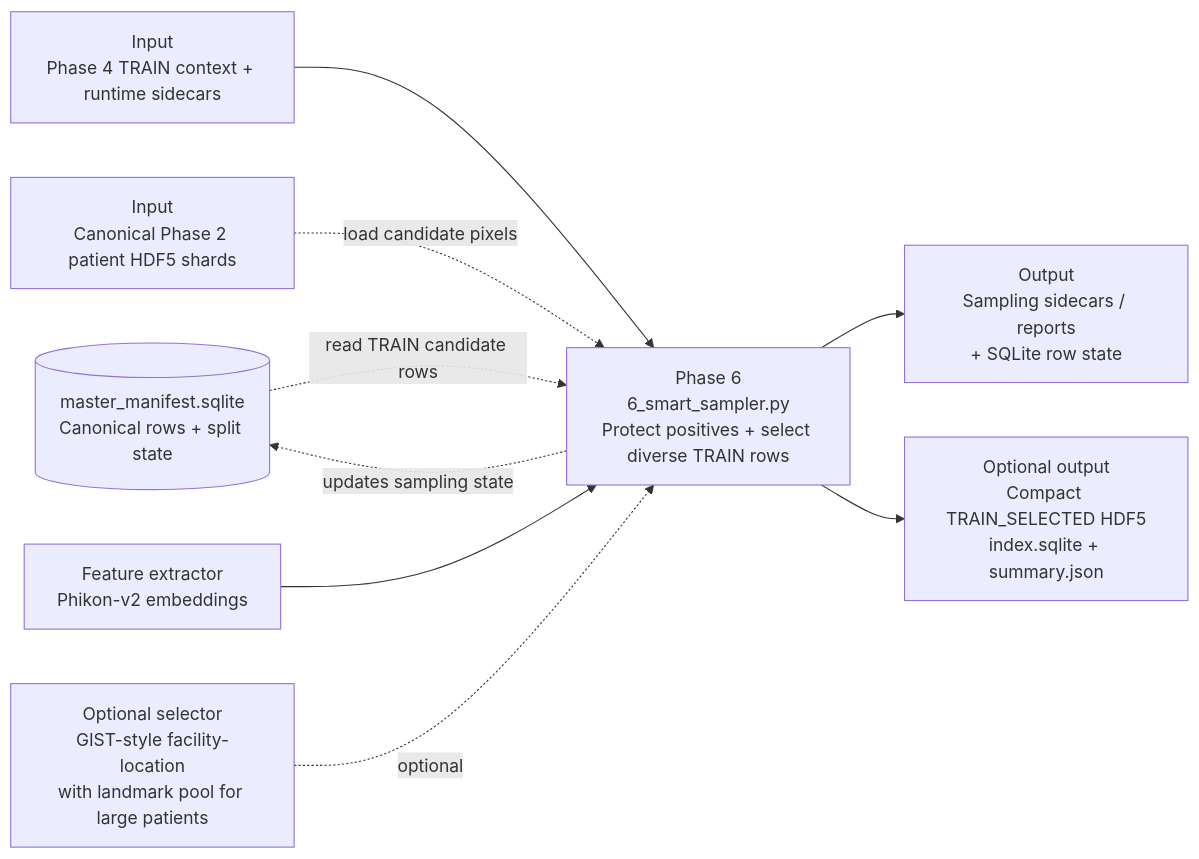
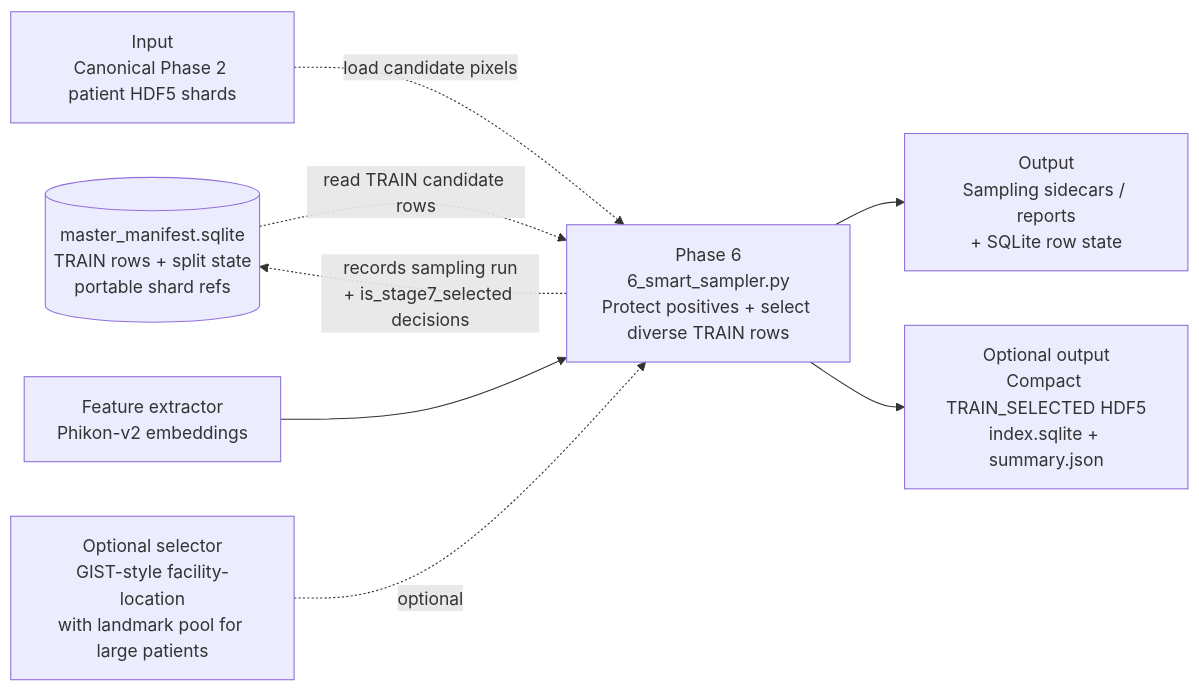
Before and after one commit to bhnunes/Master_Coding: the diagram in MERMAID/phase_6_smart_sampling.mermaid, drawn with Mermaid. The commit also changed 27 other files, not shown here.

```diff
--- a/MERMAID/phase_6_smart_sampling.mermaid
+++ b/MERMAID/phase_6_smart_sampling.mermaid
@@ -1,18 +1,16 @@
 flowchart LR
-    manifest[(master_manifest.sqlite<br/>Canonical rows + split state)]
-    phase4_outputs[Input<br/>Phase 4 TRAIN context + runtime sidecars]
+    manifest[(master_manifest.sqlite<br/>TRAIN rows + split state<br/>portable shard refs)]
     shards[Input<br/>Canonical Phase 2 patient HDF5 shards]
     embeddings[Feature extractor<br/>Phikon-v2 embeddings]
     p6[Phase 6<br/>6_smart_sampler.py<br/>Protect positives + select diverse TRAIN rows]
     gist[Optional selector<br/>GIST-style facility-location<br/>with landmark pool for large patients]
     sidecars[Output<br/>Sampling sidecars / reports<br/>+ SQLite row state]
     compact[Optional output<br/>Compact TRAIN_SELECTED HDF5<br/>index.sqlite + summary.json]
 
     manifest -. read TRAIN candidate rows .-> p6
-    phase4_outputs --> p6
     shards -. load candidate pixels .-> p6
     embeddings --> p6
     gist -. optional .-> p6
     p6 --> sidecars
     p6 --> compact
-    p6 -. updates sampling state .-> manifest
+    p6 -. records sampling run<br/>+ is_stage7_selected decisions .-> manifest
```
